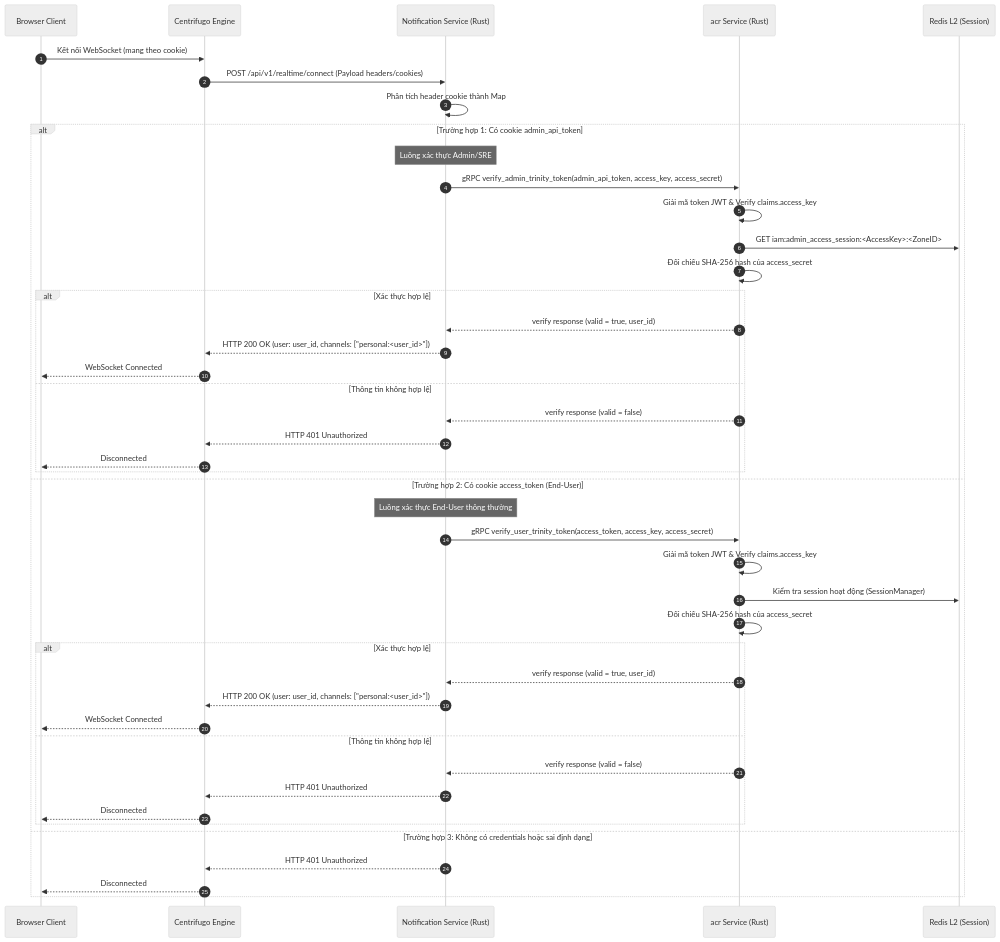
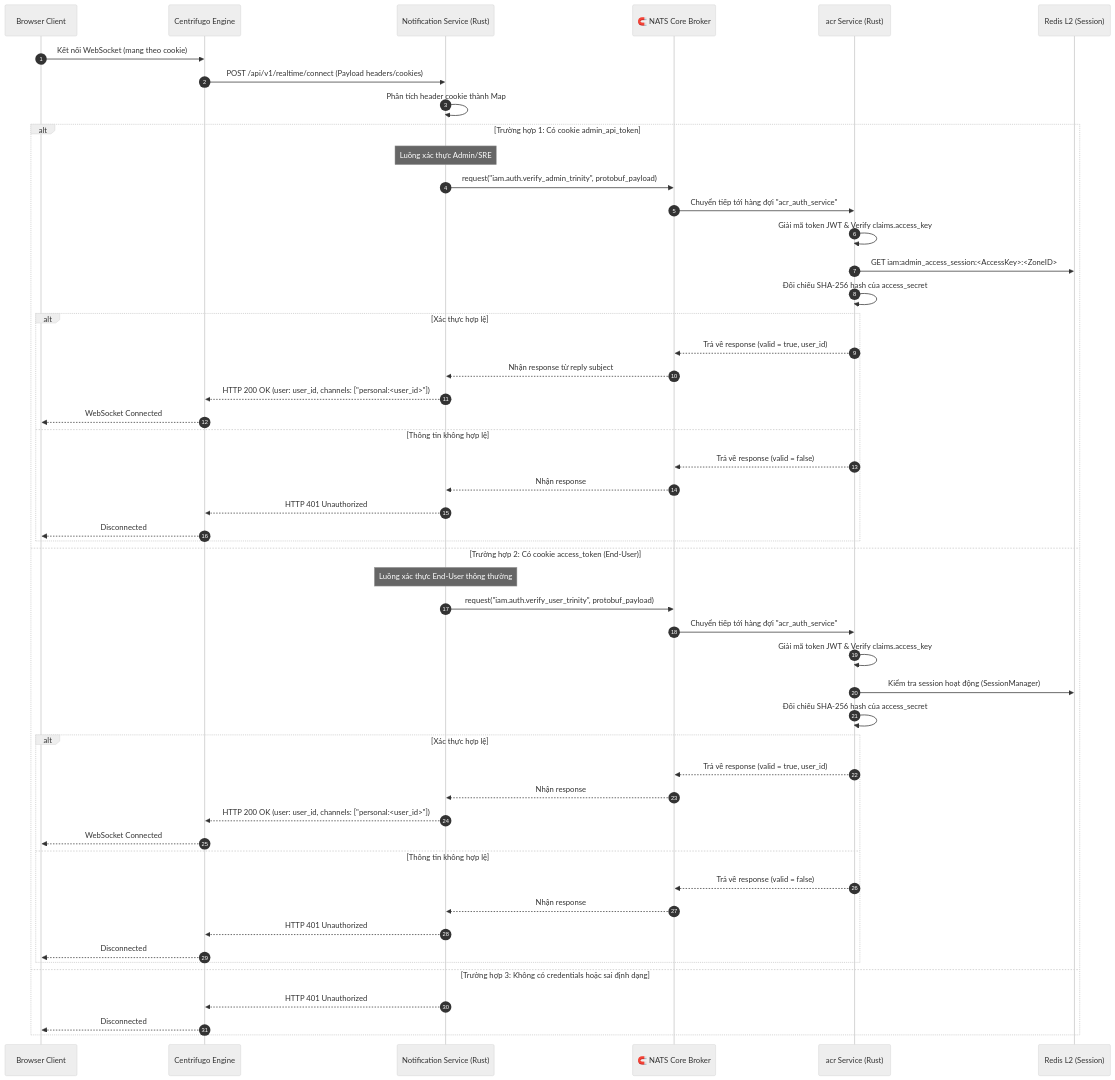
One commit to phucle996/aurora changed the second of 2 diagrams in god_view/notification/centrifugo_auth_god_view_workflow.md. Above: the diagram before and after it, drawn with Mermaid (neutral theme). The commit also changed other lines of this file and 38 other files, not shown here.

````diff
--- a/god_view/notification/centrifugo_auth_god_view_workflow.md
+++ b/god_view/notification/centrifugo_auth_god_view_workflow.md
@@ -60,50 +65,57 @@
 ```mermaid
 sequenceDiagram
     autonumber
     participant UI as Browser Client
     participant CF as Centrifugo Engine
     participant NS as Notification Service (Rust)
+    participant NATS as 🧲 NATS Core Broker
     participant acr as acr Service (Rust)
     participant L2 as Redis L2 (Session)
 
     UI->>CF: Kết nối WebSocket (mang theo cookie)
     CF->>NS: POST /api/v1/realtime/connect (Payload headers/cookies)
     NS->>NS: Phân tích header cookie thành Map
 
     alt Trường hợp 1: Có cookie admin_api_token
         Note over NS: Luồng xác thực Admin/SRE
-        NS->>acr: gRPC verify_admin_trinity_token(admin_api_token, access_key, access_secret)
+        NS->>NATS: request("iam.auth.verify_admin_trinity", protobuf_payload)
+        NATS->>acr: Chuyển tiếp tới hàng đợi "acr_auth_service"
         acr->>acr: Giải mã token JWT & Verify claims.access_key
         acr->>L2: GET iam:admin_access_session:<AccessKey>:<ZoneID>
         acr->>acr: Đối chiếu SHA-256 hash của access_secret
         alt Xác thực hợp lệ
-            acr-->>NS: verify response (valid = true, user_id)
+            acr-->>NATS: Trả về response (valid = true, user_id)
+            NATS-->>NS: Nhận response từ reply subject
             NS-->>CF: HTTP 200 OK (user: user_id, channels: ["personal:<user_id>"])
             CF-->>UI: WebSocket Connected
         else Thông tin không hợp lệ
-            acr-->>NS: verify response (valid = false)
+            acr-->>NATS: Trả về response (valid = false)
+            NATS-->>NS: Nhận response
             NS-->>CF: HTTP 401 Unauthorized
             CF-->>UI: Disconnected
         end
 
     else Trường hợp 2: Có cookie access_token (End-User)
         Note over NS: Luồng xác thực End-User thông thường
-        NS->>acr: gRPC verify_user_trinity_token(access_token, access_key, access_secret)
+        NS->>NATS: request("iam.auth.verify_user_trinity", protobuf_payload)
+        NATS->>acr: Chuyển tiếp tới hàng đợi "acr_auth_service"
         acr->>acr: Giải mã token JWT & Verify claims.access_key
         acr->>L2: Kiểm tra session hoạt động (SessionManager)
         acr->>acr: Đối chiếu SHA-256 hash của access_secret
         alt Xác thực hợp lệ
-            acr-->>NS: verify response (valid = true, user_id)
+            acr-->>NATS: Trả về response (valid = true, user_id)
+            NATS-->>NS: Nhận response
             NS-->>CF: HTTP 200 OK (user: user_id, channels: ["personal:<user_id>"])
             CF-->>UI: WebSocket Connected
         else Thông tin không hợp lệ
-            acr-->>NS: verify response (valid = false)
+            acr-->>NATS: Trả về response (valid = false)
+            NATS-->>NS: Nhận response
             NS-->>CF: HTTP 401 Unauthorized
             CF-->>UI: Disconnected
         end
 
     else Trường hợp 3: Không có credentials hoặc sai định dạng
         NS-->>CF: HTTP 401 Unauthorized
         CF-->>UI: Disconnected
     end
 ```
````
